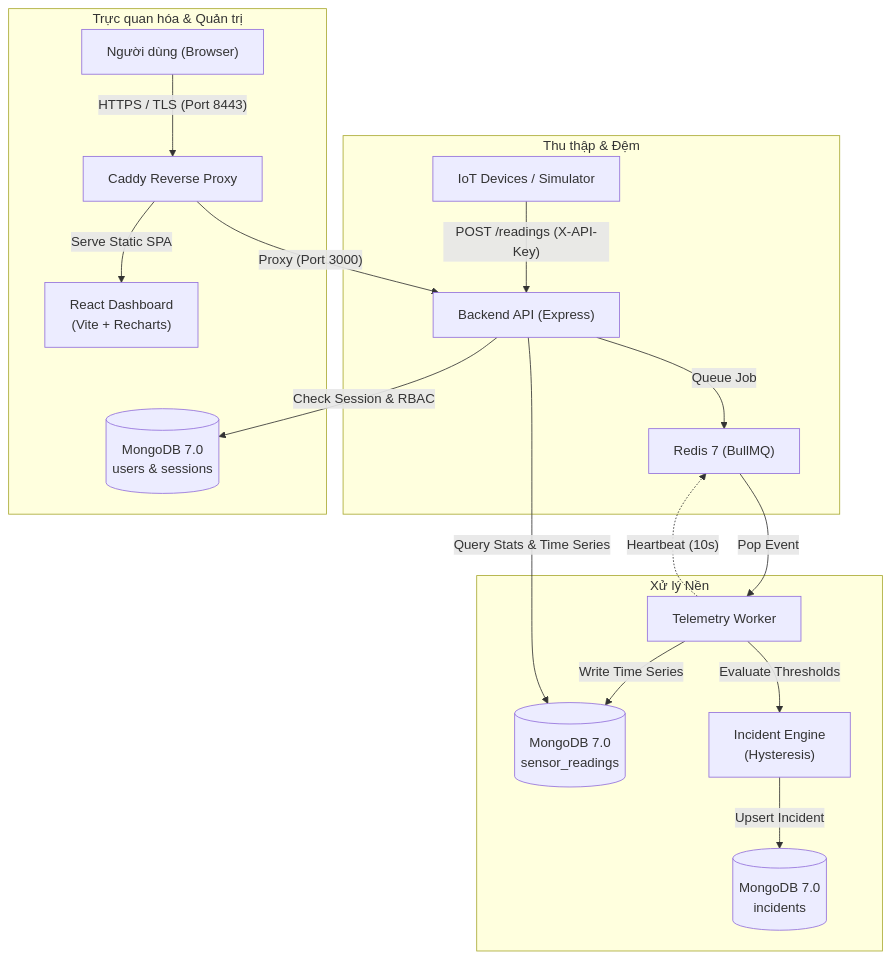
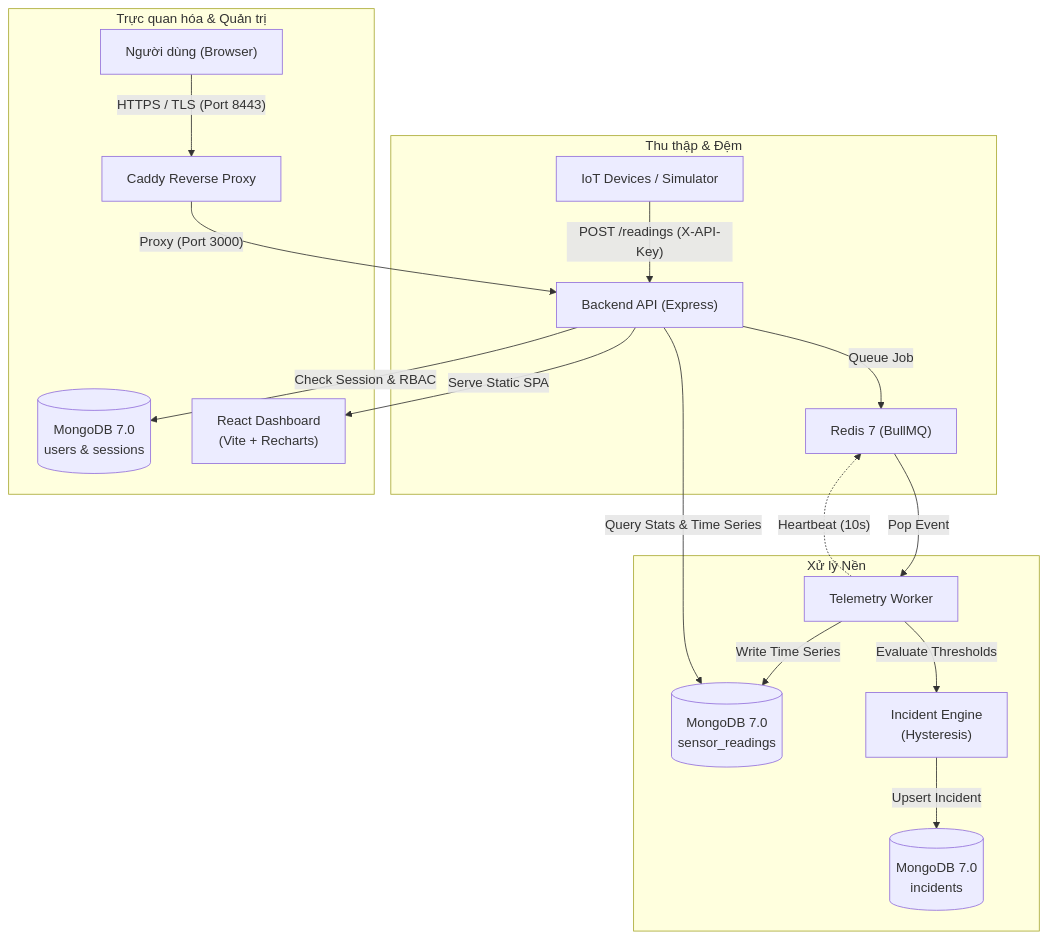
One commit to Edward2106/SensorGuard changed the diagram in README.md. Above: the diagram before and after it, drawn with Mermaid. The commit also changed other lines of this file and 34 other files, not shown here.

````diff
--- a/README.md
+++ b/README.md
@@ -77,23 +78,23 @@
 ```mermaid
 flowchart TD
     subgraph Ingestion["Thu thập & Đệm"]
         Dev["IoT Devices / Simulator"] -->|"POST /readings (X-API-Key)"| API["Backend API (Express)"]
         API -->|"Queue Job"| Redis["Redis 7 (BullMQ)"]
     end
 
     subgraph Processing["Xử lý Nền"]
         Redis -->|"Pop Event"| Worker["Telemetry Worker"]
         Worker -->|"Write Time Series"| Mongo[("MongoDB 7.0\nsensor_readings")]
         Worker -->|"Evaluate Thresholds"| Incidents["Incident Engine\n(Hysteresis)"]
         Incidents -->|"Upsert Incident"| MongoInc[("MongoDB 7.0\nincidents")]
         Worker -.->|"Heartbeat (10s)"| Redis
     end
 
     subgraph Dashboard["Trực quan hóa & Quản trị"]
         User["Người dùng (Browser)"] -->|"HTTPS / TLS (Port 8443)"| Caddy["Caddy Reverse Proxy"]
         Caddy -->|"Proxy (Port 3000)"| API
         API -->|"Query Stats & Time Series"| Mongo
         API -->|"Check Session & RBAC"| MongoUsers[("MongoDB 7.0\nusers & sessions")]
-        Caddy -->|"Serve Static SPA"| ReactUI["React Dashboard\n(Vite + Recharts)"]
+        API -->|"Serve Static SPA"| ReactUI["React Dashboard\n(Vite + Recharts)"]
     end
 ```
````
